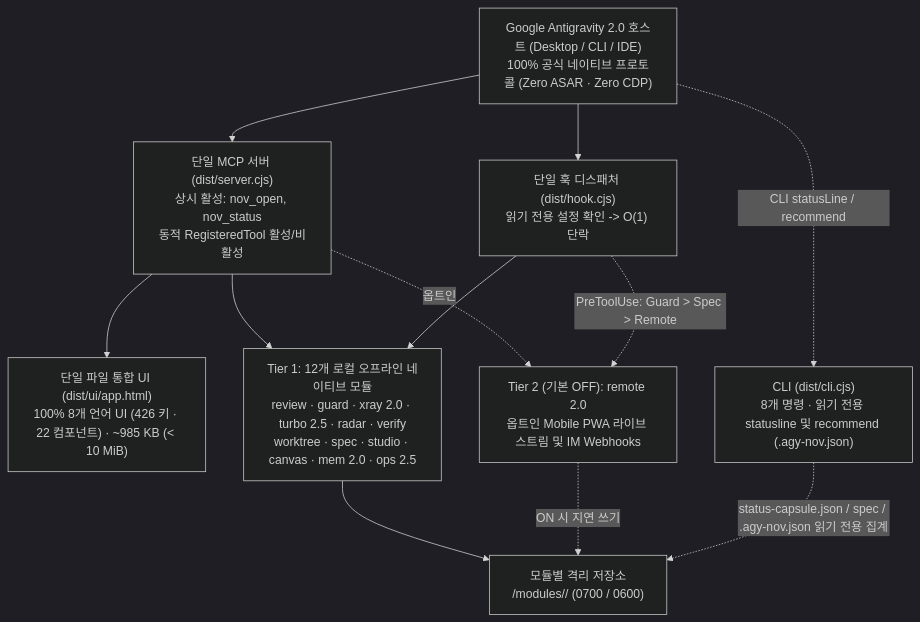
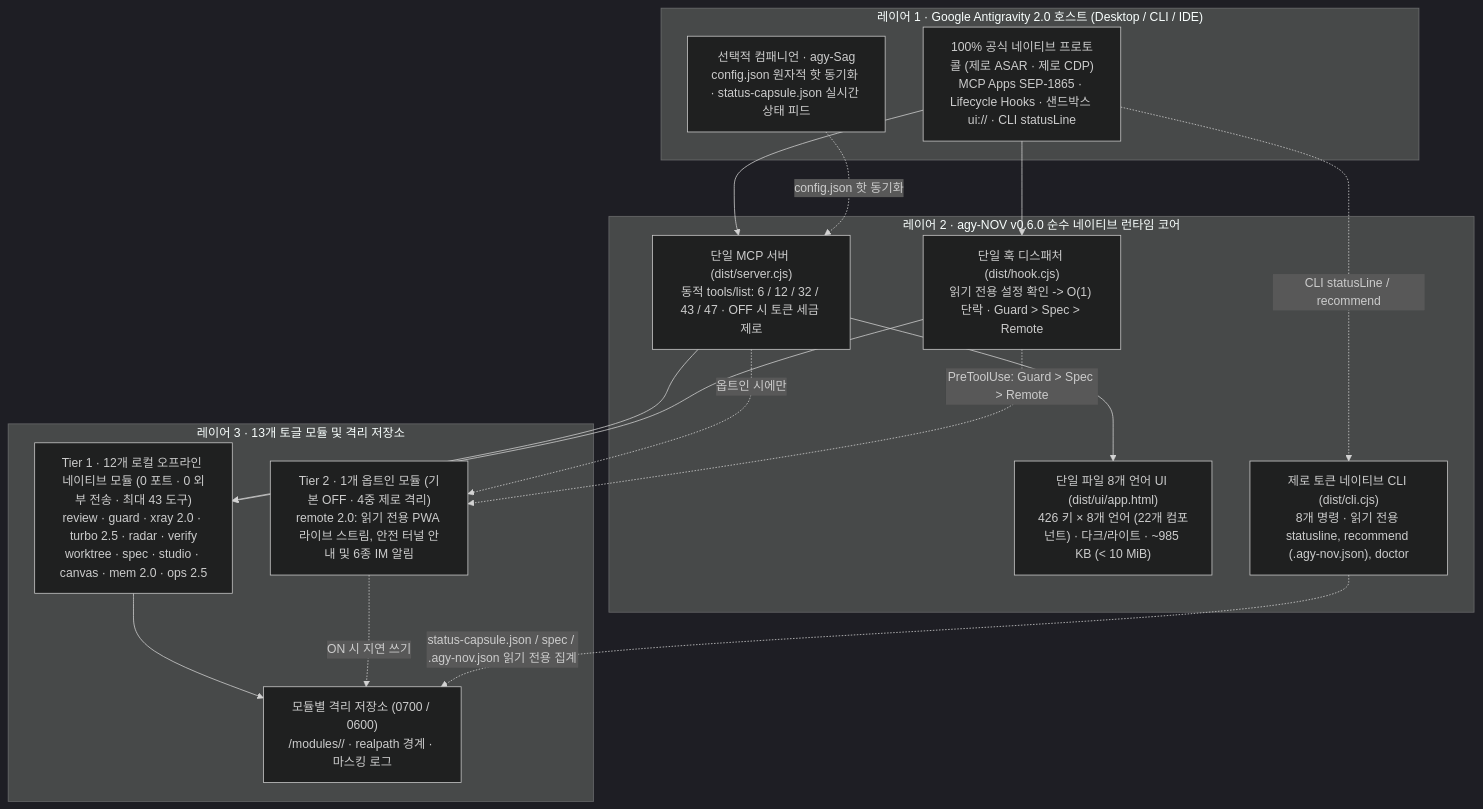
Before and after one commit to tone-leh/agy-NOV: the diagram in docs/i18n/README.ko.md, drawn with Mermaid (dark theme). The commit also changed other lines of this file and 11 other files, not shown here.

Commit message:
docs(readme): replace stale English hero/architecture SVGs with native localized Mermaid diagrams across all 8 locales

````diff
--- a/docs/i18n/README.ko.md
+++ b/docs/i18n/README.ko.md
@@ -224,23 +207,33 @@
 ```mermaid
 flowchart TB
-  Host["Google Antigravity 2.0 호스트 (Desktop / CLI / IDE)\n100% 공식 네이티브 프로토콜 (Zero ASAR · Zero CDP)"]
-  MCP["단일 MCP 서버 (dist/server.cjs)\n상시 활성: nov_open, nov_status\n동적 RegisteredTool 활성/비활성"]
-  UI["단일 파일 통합 UI (dist/ui/app.html)\n100% 8개 언어 UI (426 키 · 22 컴포넌트) · ~985 KB (< 10 MiB)"]
-  Hook["단일 훅 디스패처 (dist/hook.cjs)\n읽기 전용 설정 확인 -> O(1) 단락"]
-  CLI["CLI (dist/cli.cjs)\n8개 명령 · 읽기 전용 statusline 및 recommend (.agy-nov.json)"]
-  Store["모듈별 격리 저장소\n<dataDir>/modules/<id>/ (0700 / 0600)"]
-  T1["Tier 1: 12개 로컬 오프라인 네이티브 모듈\nreview · guard · xray 2.0 · turbo 2.5 · radar · verify\nworktree · spec · studio · canvas · mem 2.0 · ops 2.5"]
-  T2R["Tier 2 (기본 OFF): remote 2.0\n옵트인 Mobile PWA 라이브 스트림 및 IM Webhooks"]
+  subgraph L1["레이어 1 · Google Antigravity 2.0 호스트 (Desktop / CLI / IDE)"]
+    Host["100% 공식 네이티브 프로토콜 (제로 ASAR · 제로 CDP)\nMCP Apps SEP-1865 · Lifecycle Hooks · 샌드박스 ui:// · CLI statusLine"]
+    Sag["선택적 컴패니언 · agy-Sag\nconfig.json 원자적 핫 동기화 · status-capsule.json 실시간 상태 피드"]
+  end
+
+  subgraph L2["레이어 2 · agy-NOV v0.6.0 순수 네이티브 런타임 코어"]
+    MCP["단일 MCP 서버 (dist/server.cjs)\n동적 tools/list: 6 / 12 / 32 / 43 / 47 · OFF 시 토큰 세금 제로"]
+    Hook["단일 훅 디스패처 (dist/hook.cjs)\n읽기 전용 설정 확인 -> O(1) 단락 · Guard > Spec > Remote"]
+    UI["단일 파일 8개 언어 UI (dist/ui/app.html)\n426 키 × 8개 언어 (22개 컴포넌트) · 다크/라이트 · ~985 KB (< 10 MiB)"]
+    CLI["제로 토큰 네이티브 CLI (dist/cli.cjs)\n8개 명령 · 읽기 전용 statusline, recommend (.agy-nov.json), doctor"]
+  end
+
+  subgraph L3["레이어 3 · 13개 토글 모듈 및 격리 저장소"]
+    T1["Tier 1 · 12개 로컬 오프라인 네이티브 모듈 (0 포트 · 0 외부 전송 · 최대 43 도구)\nreview · guard · xray 2.0 · turbo 2.5 · radar · verify\nworktree · spec · studio · canvas · mem 2.0 · ops 2.5"]
+    T2R["Tier 2 · 1개 옵트인 모듈 (기본 OFF · 4중 제로 격리)\nremote 2.0: 읽기 전용 PWA 라이브 스트림, 안전 터널 안내 및 6종 IM 알림"]
+    Store["모듈별 격리 저장소 (0700 / 0600)\n<dataDir>/modules/<id>/ · realpath 경계 · 마스킹 로그"]
+  end
 
   Host --> MCP
   Host --> Hook
   Host -. "CLI statusLine / recommend" .-> CLI
+  Sag -. "config.json 핫 동기화" .-> MCP
   MCP --> UI
   MCP --> T1
-  MCP -. "옵트인" .-> T2R
+  MCP -. "옵트인 시에만" .-> T2R
   Hook --> T1
   Hook -. "PreToolUse: Guard > Spec > Remote" .-> T2R
   T1 --> Store
   T2R -. "ON 시 지연 쓰기" .-> Store
   CLI -. "status-capsule.json / spec / .agy-nov.json 읽기 전용 집계" .-> Store
 ```
````
